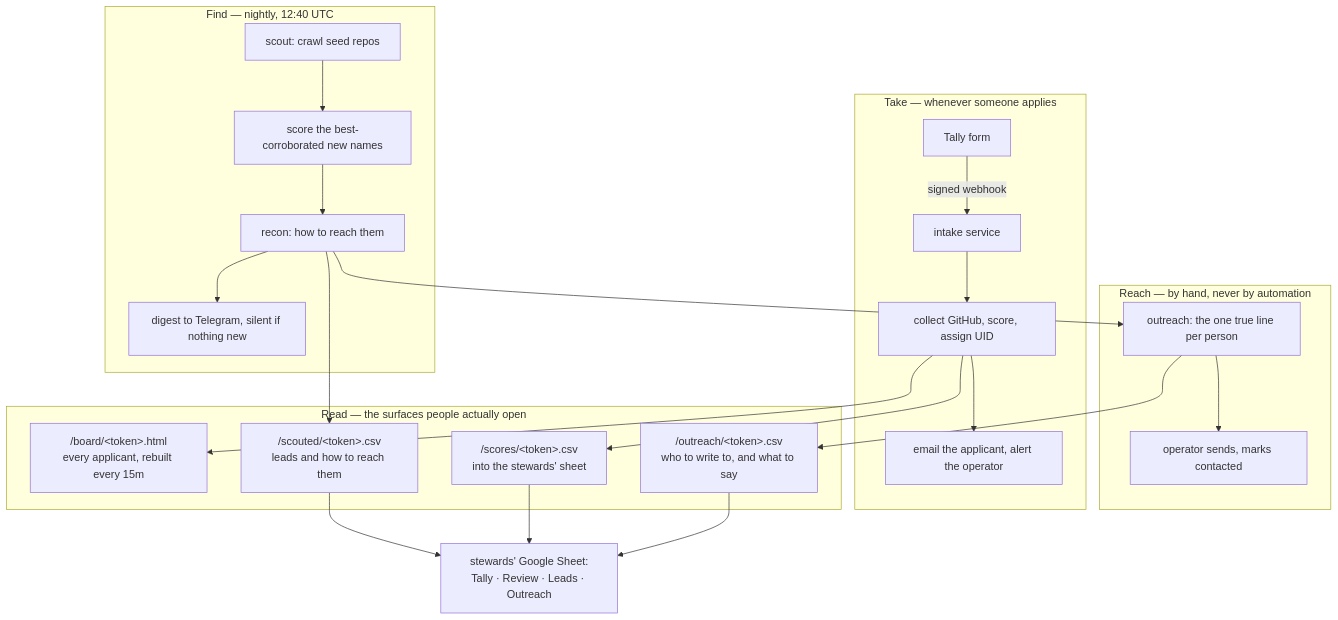
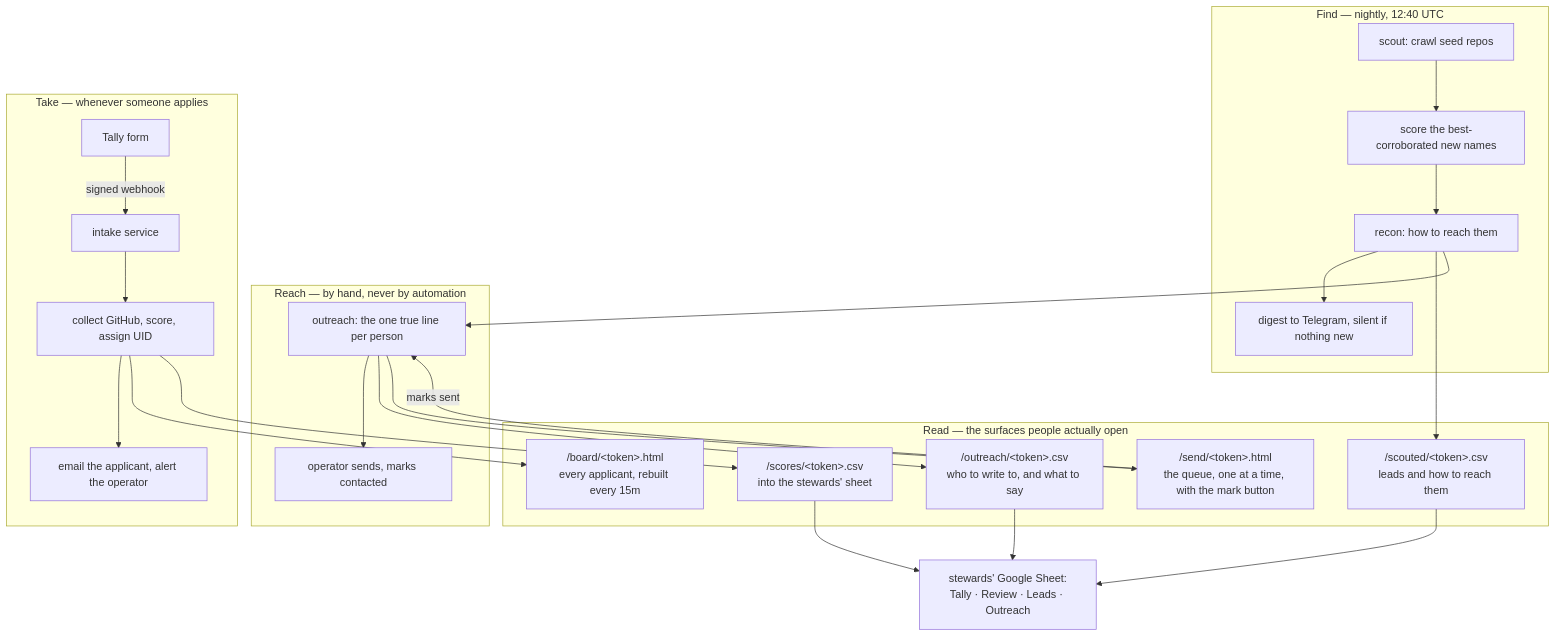
Before and after one commit to prezenti/talent-engine: the diagram in docs/PIPELINE.md, drawn with Mermaid. The commit also changed 6 other files, not shown here.

````diff
--- a/docs/PIPELINE.md
+++ b/docs/PIPELINE.md
@@ -11,34 +11,37 @@
 ```mermaid
 flowchart TD
   subgraph find["Find — nightly, 12:40 UTC"]
     S[scout: crawl seed repos] --> N[score the best-corroborated new names]
     N --> R[recon: how to reach them]
     R --> D[digest to Telegram, silent if nothing new]
   end
 
   subgraph reach["Reach — by hand, never by automation"]
     H[outreach: the one true line per person] --> M[operator sends, marks contacted]
   end
 
   subgraph take["Take — whenever someone applies"]
     F[Tally form] -->|signed webhook| I[intake service]
     I --> SC[collect GitHub, score, assign UID]
     SC --> E[email the applicant, alert the operator]
   end
 
   subgraph read["Read — the surfaces people actually open"]
     B["/board/&lt;token&gt;.html<br/>every applicant, rebuilt every 15m"]
     CS["/scores/&lt;token&gt;.csv<br/>into the stewards' sheet"]
     LS["/scouted/&lt;token&gt;.csv<br/>leads and how to reach them"]
     OS["/outreach/&lt;token&gt;.csv<br/>who to write to, and what to say"]
+    SD["/send/&lt;token&gt;.html<br/>the queue, one at a time, with the mark button"]
   end
 
   SC --> B
   SC --> CS
   R --> LS
   R --> H
   H --> OS
+  H --> SD
+  SD -->|marks sent| H
   OS --> SHEET
   CS --> SHEET[stewards' Google Sheet:<br/>Tally · Review · Leads · Outreach]
   LS --> SHEET
 ```
````
